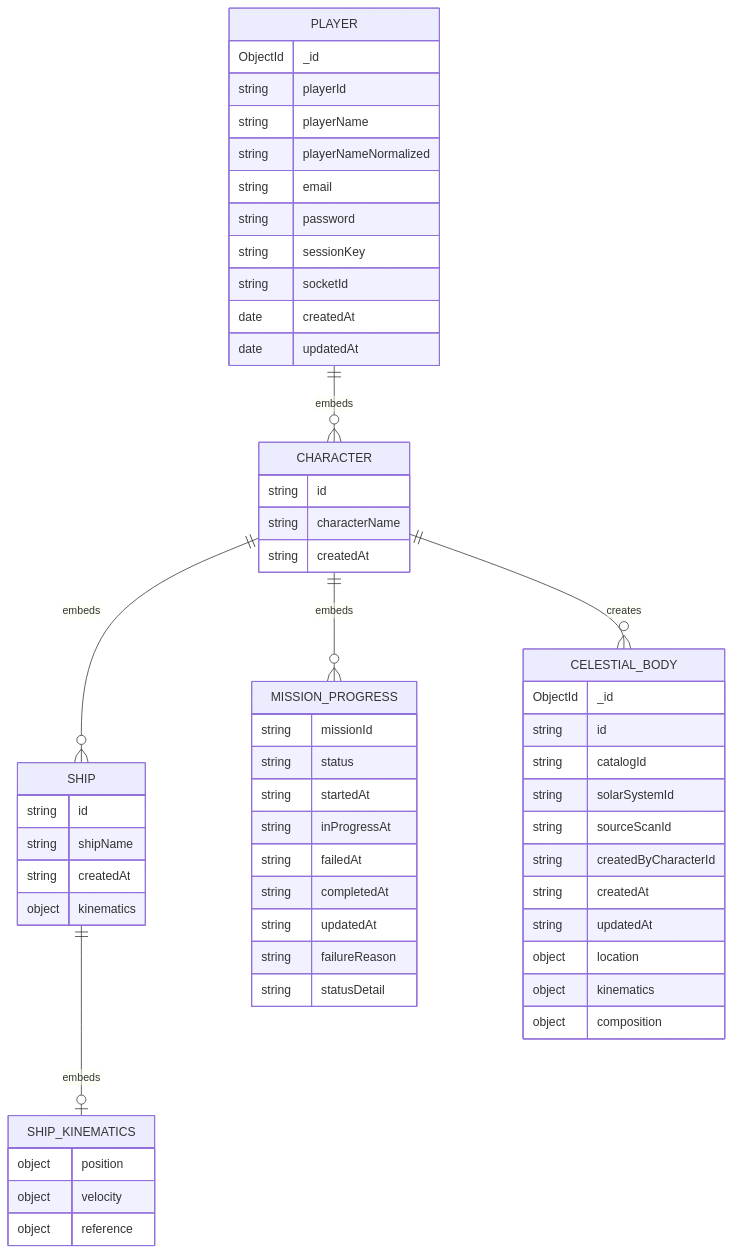
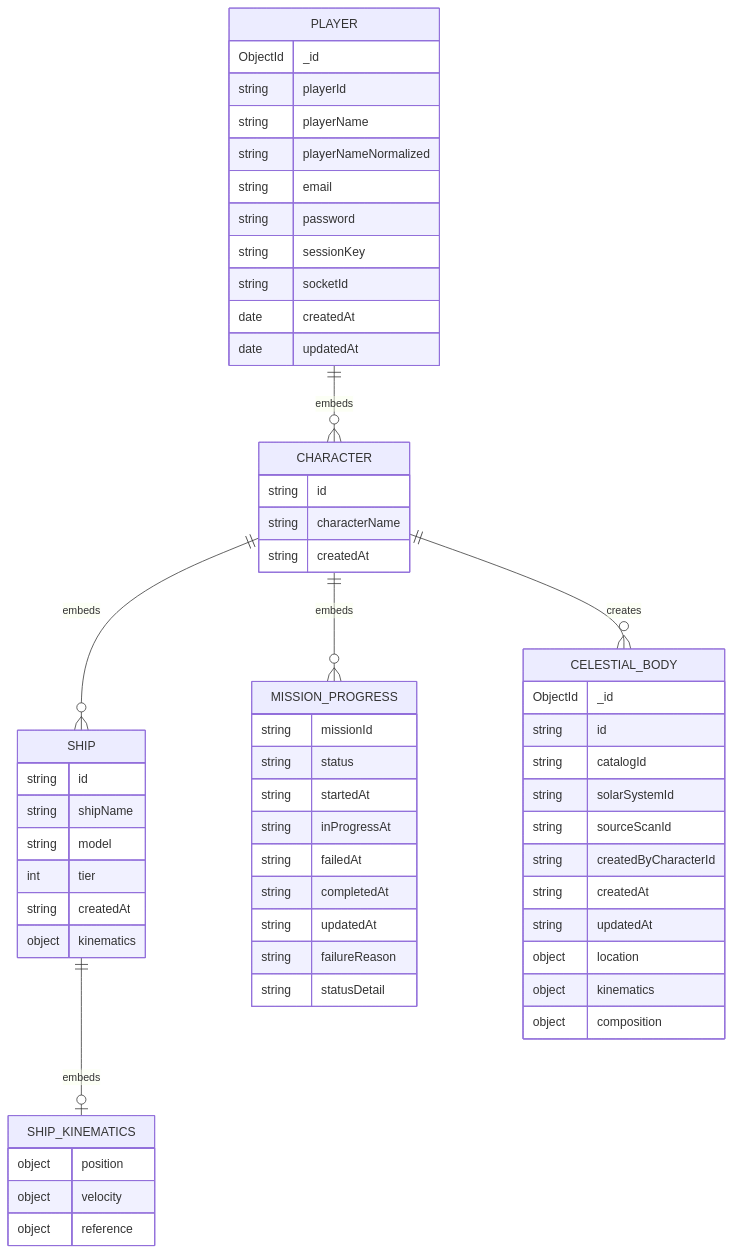
Before and after one commit to qagwaai/solid-train: the diagram in MONGODB_SCHEMA.md, drawn with Mermaid. The commit also changed other lines of this file and 8 other files, not shown here.

Commit message:
add ship model and tier

````diff
--- a/MONGODB_SCHEMA.md
+++ b/MONGODB_SCHEMA.md
@@ -22,66 +22,68 @@
 ```mermaid
 erDiagram
   PLAYER ||--o{ CHARACTER : embeds
   CHARACTER ||--o{ SHIP : embeds
   CHARACTER ||--o{ MISSION_PROGRESS : embeds
   CHARACTER ||--o{ CELESTIAL_BODY : creates
   SHIP ||--o| SHIP_KINEMATICS : embeds
 
   PLAYER {
     ObjectId _id
     string playerId
     string playerName
     string playerNameNormalized
     string email
     string password
     string sessionKey
     string socketId
     date createdAt
     date updatedAt
   }
 
   CHARACTER {
     string id
     string characterName
     string createdAt
   }
 
   MISSION_PROGRESS {
     string missionId
     string status
     string startedAt
     string inProgressAt
     string failedAt
     string completedAt
     string updatedAt
     string failureReason
     string statusDetail
   }
 
   SHIP {
     string id
     string shipName
+    string model
+    int tier
     string createdAt
     object kinematics
   }
 
   SHIP_KINEMATICS {
     object position
     object velocity
     object reference
   }
 
   CELESTIAL_BODY {
     ObjectId _id
     string id
     string catalogId
     string solarSystemId
     string sourceScanId
     string createdByCharacterId
     string createdAt
     string updatedAt
     object location
     object kinematics
     object composition
   }
 ```
````
